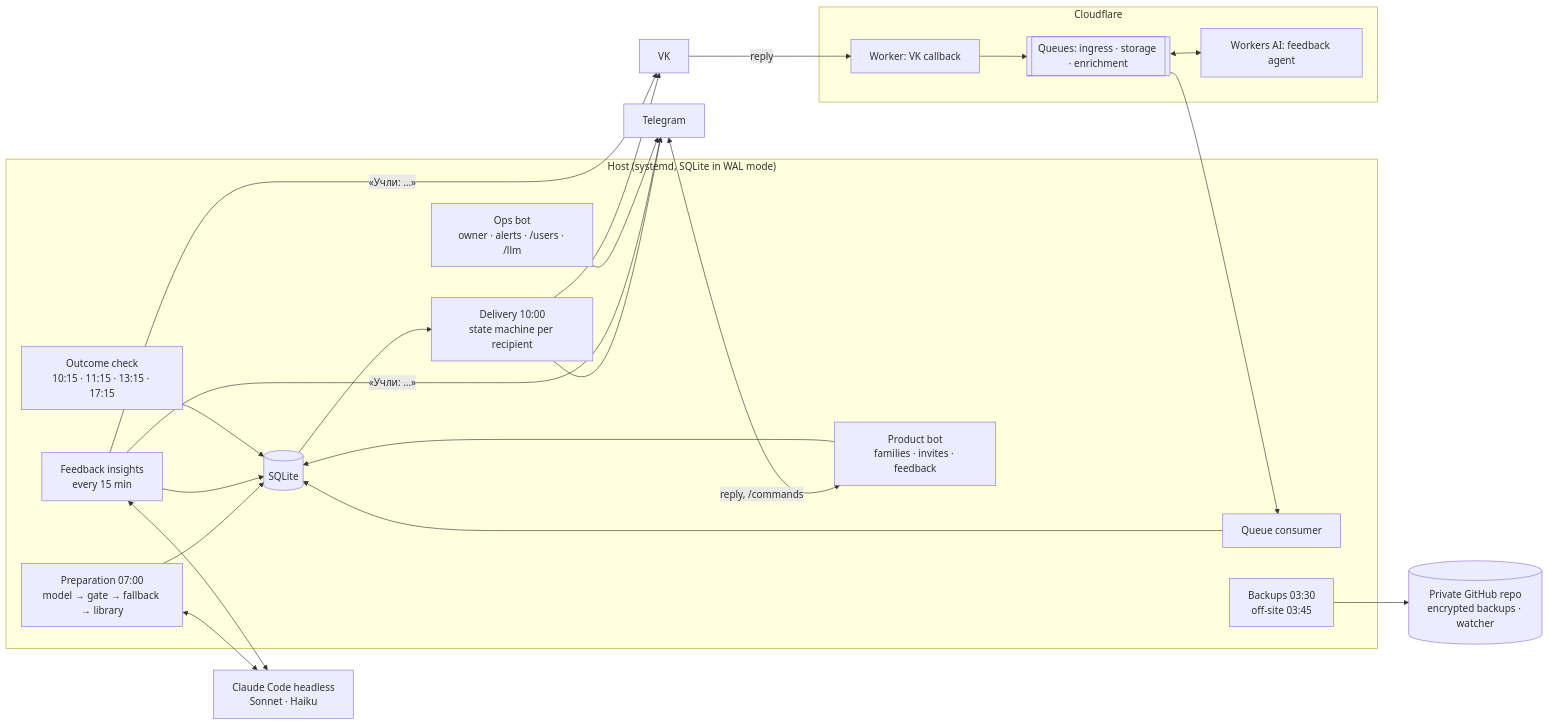
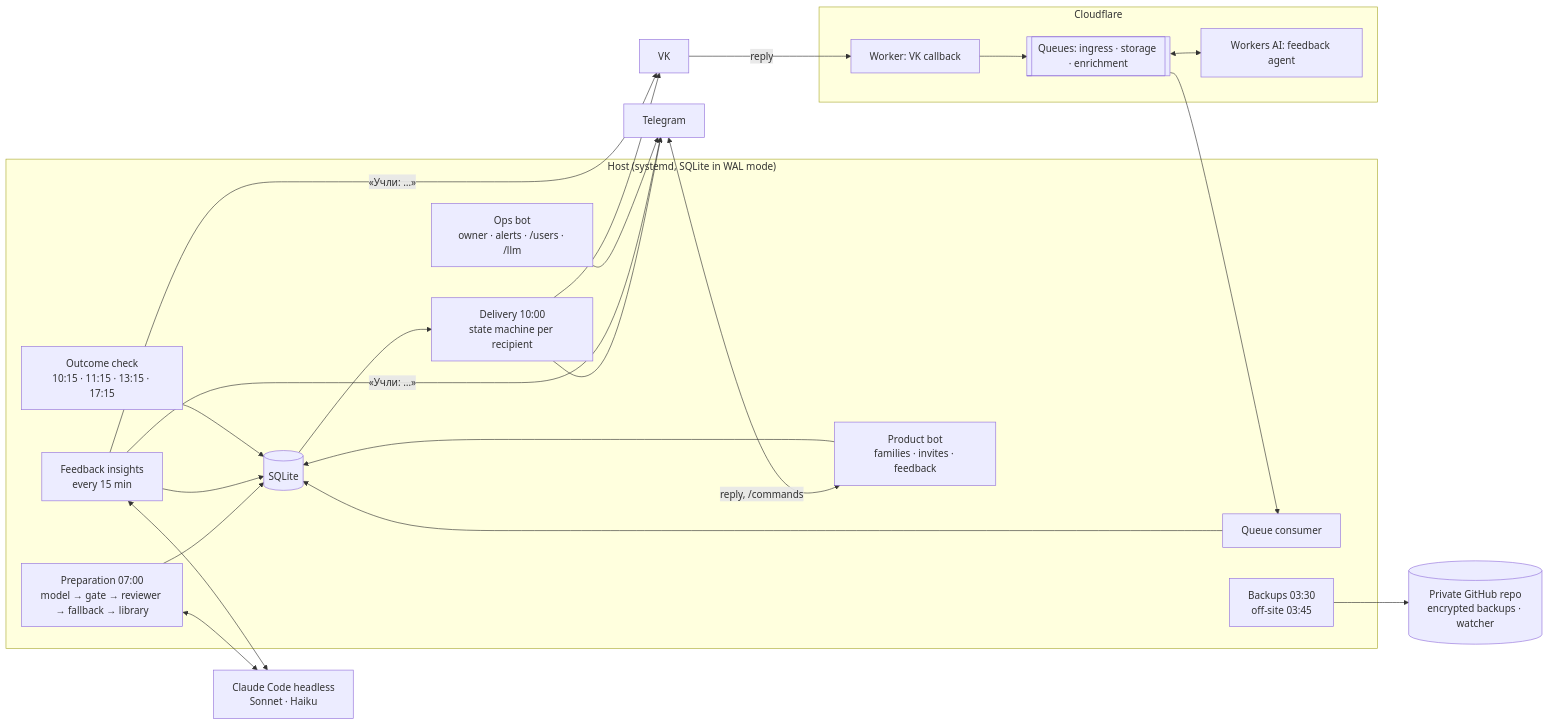
One commit to LukshinVI/game-of-the-day changed the diagram in docs/architecture.md. Above: the diagram before and after it, drawn with Mermaid. The commit also changed other lines of this file and 5 other files, not shown here.

````diff
--- a/docs/architecture.md
+++ b/docs/architecture.md
@@ -9,36 +9,36 @@
 ```mermaid
 flowchart LR
     subgraph Host["Host (systemd, SQLite in WAL mode)"]
-        PREP[Preparation 07:00<br/>model → gate → fallback → library]
+        PREP[Preparation 07:00<br/>model → gate → reviewer → fallback → library]
         DEL[Delivery 10:00<br/>state machine per recipient]
         CHK[Outcome check<br/>10:15 · 11:15 · 13:15 · 17:15]
         INS[Feedback insights<br/>every 15 min]
         PB[Product bot<br/>families · invites · feedback]
         OB[Ops bot<br/>owner · alerts · /users · /llm]
         CON[Queue consumer]
         BK[Backups 03:30<br/>off-site 03:45]
         DB[(SQLite)]
     end
     subgraph Edge["Cloudflare"]
         W[Worker: VK callback]
         Q[[Queues: ingress · storage · enrichment]]
         AI[Workers AI: feedback agent]
     end
     CC[Claude Code headless<br/>Sonnet · Haiku]
     VK[VK]
     TG[Telegram]
     GH[(Private GitHub repo<br/>encrypted backups · watcher)]
 
     PREP <--> CC
     PREP --> DB
     DB --> DEL --> VK & TG
     VK -->|reply| W --> Q --> CON --> DB
     Q <--> AI
     TG <-->|reply, /commands| PB --> DB
     INS <--> CC
     INS --> DB
     INS -->|"«Учли: …»"| VK & TG
     CHK --> DB
     OB --> TG
     BK --> GH
 ```
````
